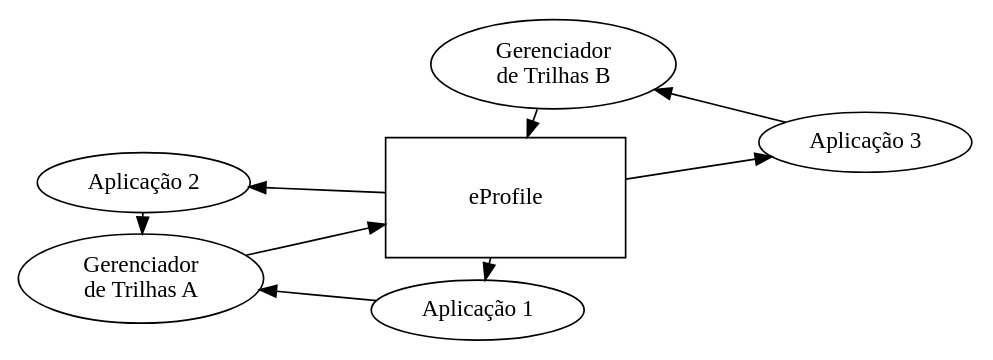
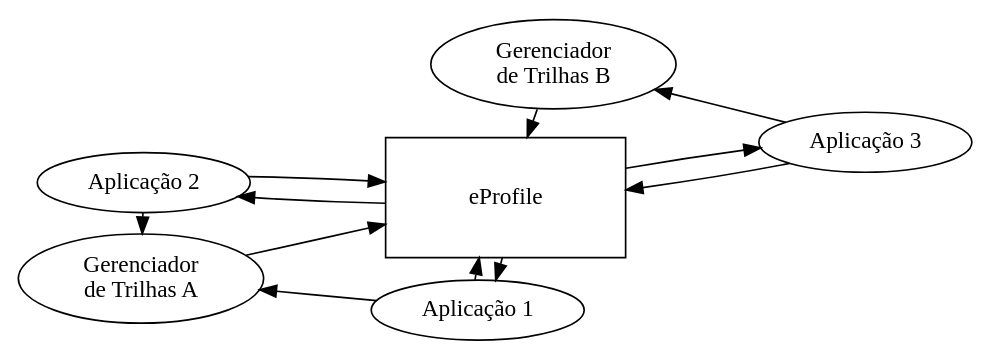
The diagram in academia/eprofile/graficos/modelo2.dot (andrenho/andrenho), drawn with Graphviz before and after one commit. The commit also changed 5 other files, not shown here.

```diff
--- a/academia/eprofile/graficos/modelo2.dot
+++ b/academia/eprofile/graficos/modelo2.dot
@@ -1,21 +1,24 @@
 digraph modelo2 {
 
   layout = fdp;
   sep = 0.25;
 
   eProfile [shape=box,width=2,height=1];
 
   "Aplicação 1" -> "Gerenciador\nde Trilhas A";
   "Aplicação 2" -> "Gerenciador\nde Trilhas A";
   "Aplicação 3" -> "Gerenciador\nde Trilhas B";
   "Gerenciador\nde Trilhas A" -> eProfile;
   "Gerenciador\nde Trilhas B" -> eProfile;
   eProfile -> "Aplicação 1";
   eProfile -> "Aplicação 2";
   eProfile -> "Aplicação 3";
+  "Aplicação 1" -> eProfile;
+  "Aplicação 2" -> eProfile;
+  "Aplicação 3" -> eProfile;
 
   fontsize = 12;
 
   rankdir = LR;
 
 }
```
